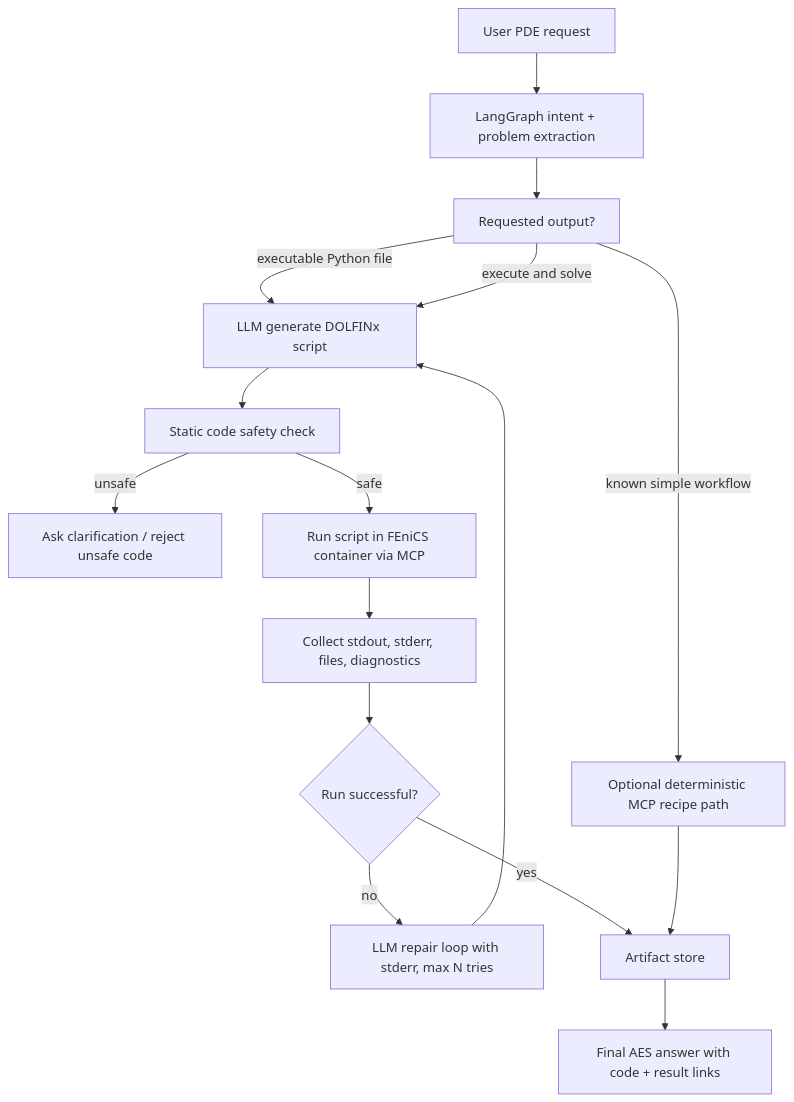
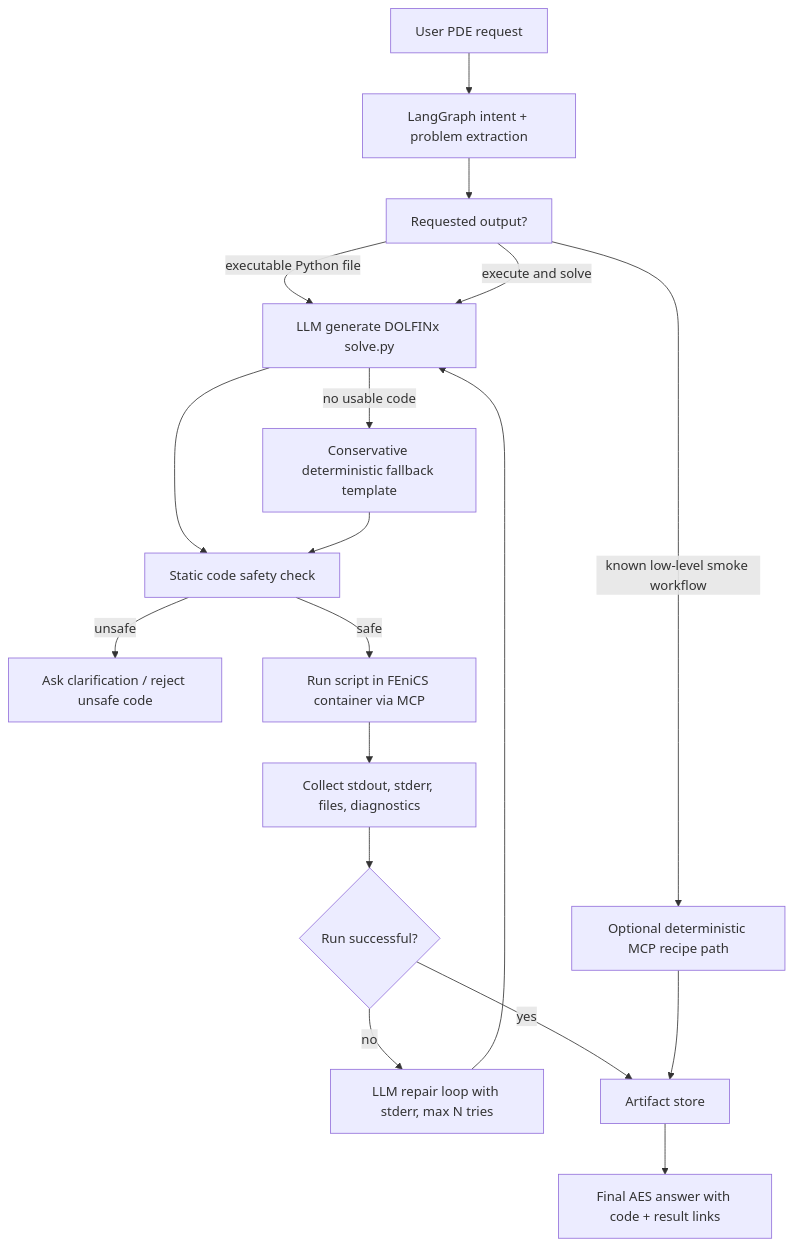
Before and after one commit to RadmirG/AES: the first of 5 diagrams in docs/architecture.md, drawn with Mermaid. The commit also changed other lines of this file and 14 other files, not shown here.

````diff
--- a/docs/architecture.md
+++ b/docs/architecture.md
@@ -53,24 +53,27 @@
 ```mermaid
 flowchart TD
     A["User PDE request"] --> B["LangGraph intent + problem extraction"]
     B --> C["Requested output?"]
 
-    C -->|executable Python file| D["LLM generate DOLFINx script"]
+    C -->|executable Python file| D["LLM generate DOLFINx solve.py"]
     C -->|execute and solve| D
 
     D --> E["Static code safety check"]
     E -->|unsafe| F["Ask clarification / reject unsafe code"]
     E -->|safe| G["Run script in FEniCS container via MCP"]
 
     G --> H["Collect stdout, stderr, files, diagnostics"]
     H --> I{"Run successful?"}
 
     I -->|no| J["LLM repair loop with stderr, max N tries"]
     J --> D
 
+    D -->|no usable code| D1["Conservative deterministic fallback template"]
+    D1 --> E
+
     I -->|yes| K["Artifact store"]
     K --> L["Final AES answer with code + result links"]
 
-    C -->|known simple workflow| M["Optional deterministic MCP recipe path"]
+    C -->|known low-level smoke workflow| M["Optional deterministic MCP recipe path"]
     M --> K
 ```
````
